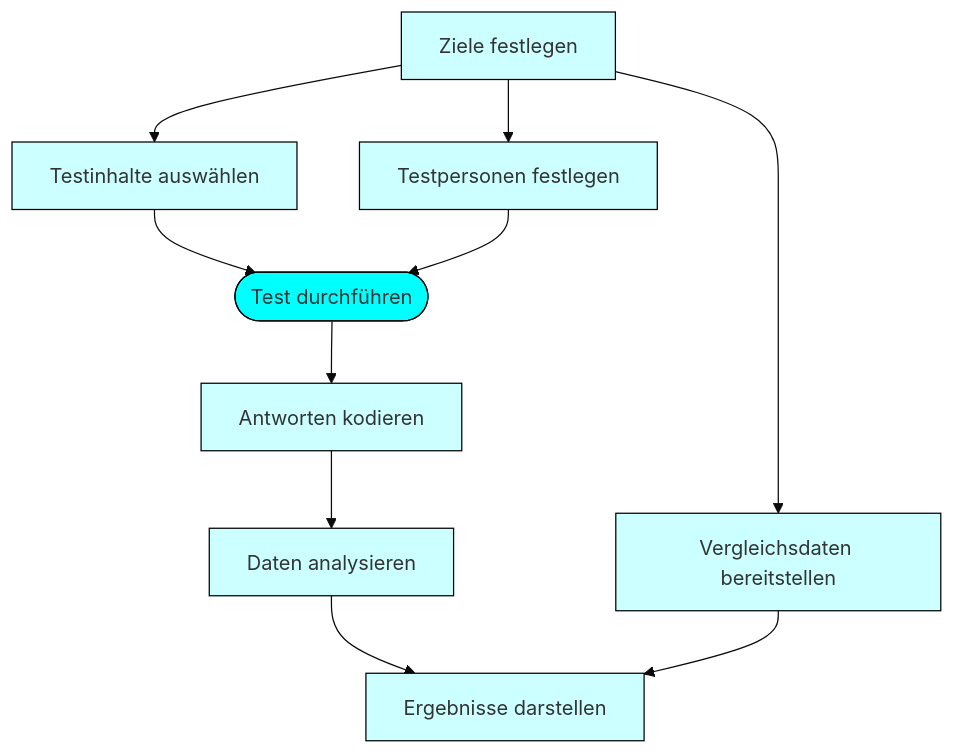
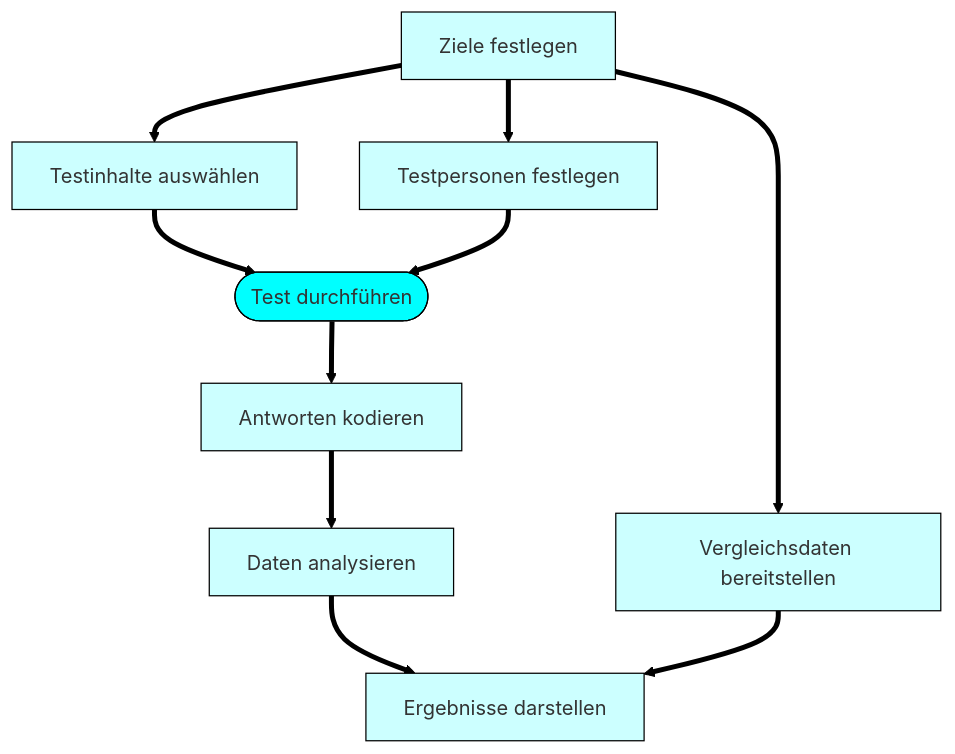
The diagram in survey/index.qmd (iqb-berlin/rising-stars), drawn with Mermaid (base theme) before and after one commit.

````diff
--- a/survey/index.qmd
+++ b/survey/index.qmd
@@ -8,23 +8,25 @@
 ```{mermaid}
 flowchart TD
-    classDef test fill:#0ff,stroke:black
-    classDef others fill:#cff,stroke:black
+    classDef test fill:#0ff,stroke:black;
+    classDef others fill:#cff,stroke:black;
     goals[Ziele festlegen]:::others
     sc[Testinhalte auswählen]:::others
     td[Testpersonen festlegen]:::others
     tr([Test durchführen]):::test
     cr[Antworten kodieren]:::others
     ra[Daten analysieren]:::others
     cd[Vergleichsdaten bereitstellen]:::others
     fb[Ergebnisse darstellen]:::others
 
-    goals --> sc
-    goals --> td
-    sc --> tr
-    td --> tr
-    tr --> cr
-    cr --> ra
-    ra --> fb
-    goals --> cd
-    cd --> fb
+    goals ==> sc
+    goals ==> td
+    sc ==> tr
+    td ==> tr
+    tr ==> cr
+    cr ==> ra
+    ra ==> fb
+    goals ==> cd
+    cd ==> fb
+    linkStyle 0,1,2,3,4,5,6,7,8 stroke:black,stroke-width:4px;
+
 ```
````
